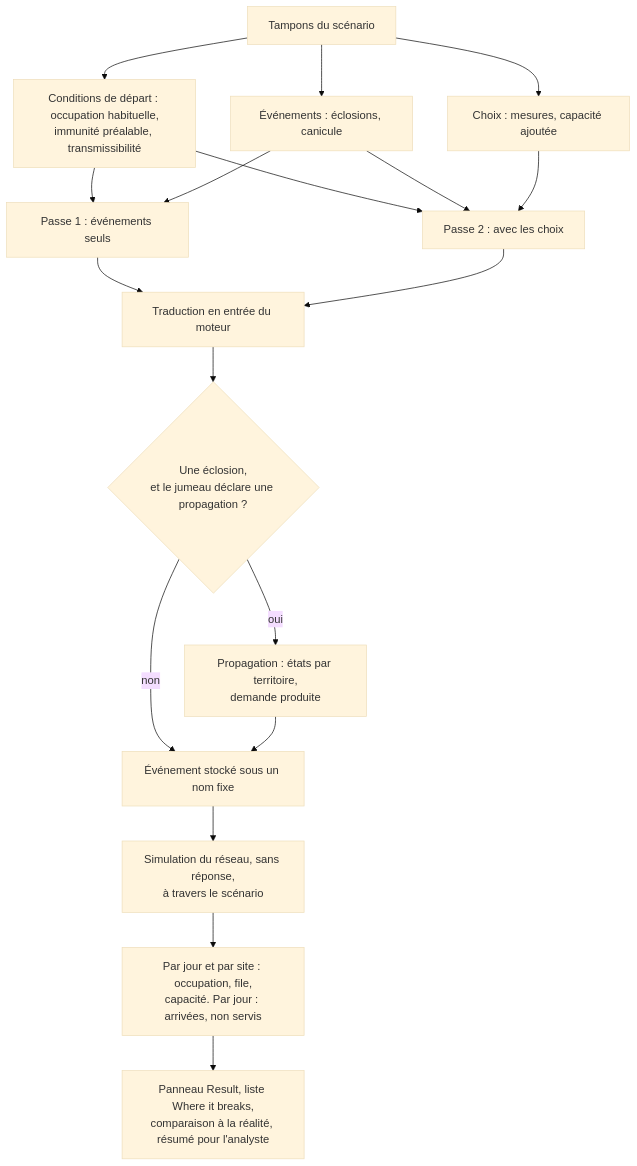
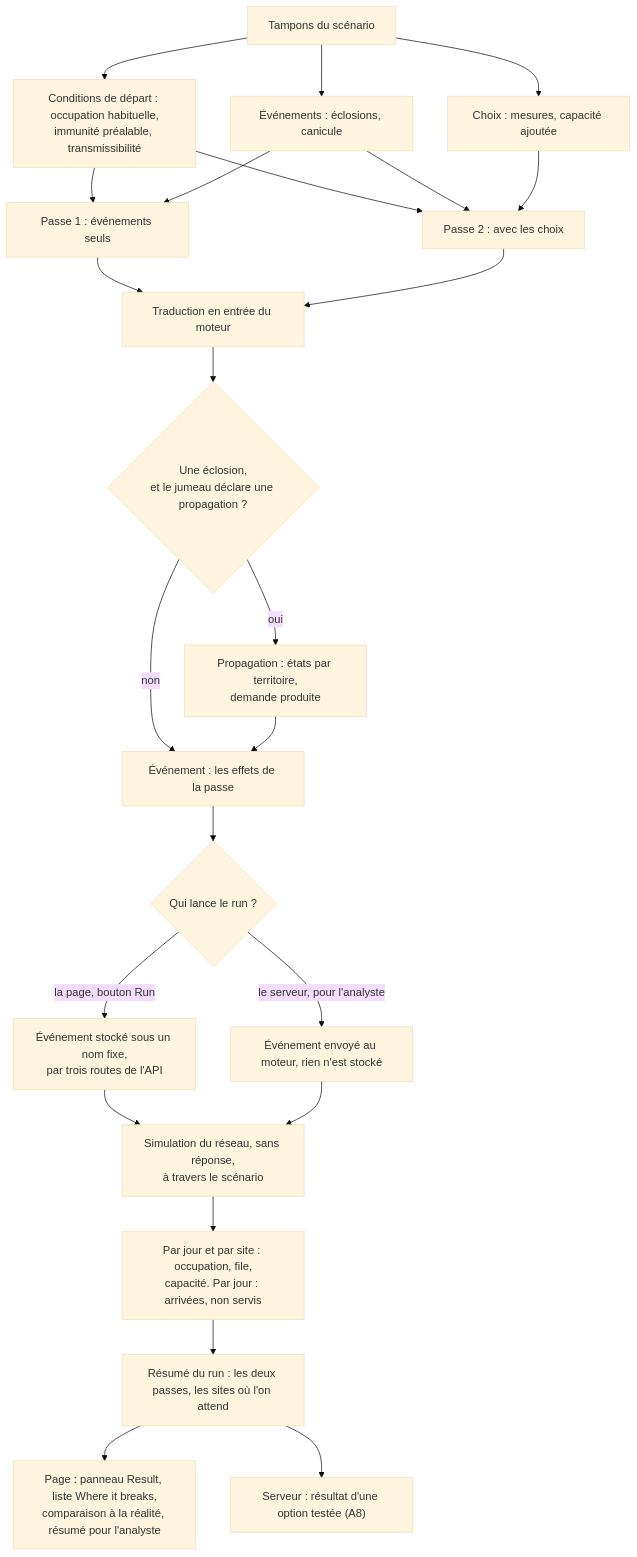
The fourth of 29 diagrams in docs/algorithms.md (V1ktor7/obscyro), drawn with Mermaid (base theme) before and after one commit. The commit also changed other lines of this file and 35 other files, not shown here.

First line of the commit message:
feat(scenarios): l'analyste fait tester ses options par le moteur, et la décision s'enregistre avec ce qu'on en attend

````diff
--- a/docs/algorithms.md
+++ b/docs/algorithms.md
@@ -143,20 +154,26 @@
 ```mermaid
 flowchart TD
     S["Tampons du scénario"] --> C["Conditions de départ : occupation habituelle,<br/>immunité préalable, transmissibilité"]
     S --> E["Événements : éclosions, canicule"]
     S --> K["Choix : mesures, capacité ajoutée"]
     C --> V1["Passe 1 : événements seuls"]
     E --> V1
     C --> V2["Passe 2 : avec les choix"]
     E --> V2
     K --> V2
     V1 --> T["Traduction en entrée du moteur"]
     V2 --> T
     T --> P{"Une éclosion,<br/>et le jumeau déclare une propagation ?"}
     P -->|"oui"| SP["Propagation : états par territoire,<br/>demande produite"]
-    P -->|"non"| EV["Événement stocké sous un nom fixe"]
+    P -->|"non"| EV["Événement : les effets de la passe"]
     SP --> EV
-    EV --> RUN["Simulation du réseau, sans réponse,<br/>à travers le scénario"]
+    EV --> W{"Qui lance le run ?"}
+    W -->|"la page, bouton Run"| EP["Événement stocké sous un nom fixe,<br/>par trois routes de l'API"]
+    W -->|"le serveur, pour l'analyste"| ES["Événement envoyé au moteur, rien n'est stocké"]
+    EP --> RUN["Simulation du réseau, sans réponse,<br/>à travers le scénario"]
+    ES --> RUN
     RUN --> G["Par jour et par site : occupation, file,<br/>capacité. Par jour : arrivées, non servis"]
-    G --> R["Panneau Result, liste Where it breaks,<br/>comparaison à la réalité, résumé pour l'analyste"]
+    G --> D["Résumé du run : les deux passes, les sites où l'on attend"]
+    D --> R["Page : panneau Result, liste Where it breaks,<br/>comparaison à la réalité, résumé pour l'analyste"]
+    D --> O["Serveur : résultat d'une option testée (A8)"]
 ```
````
